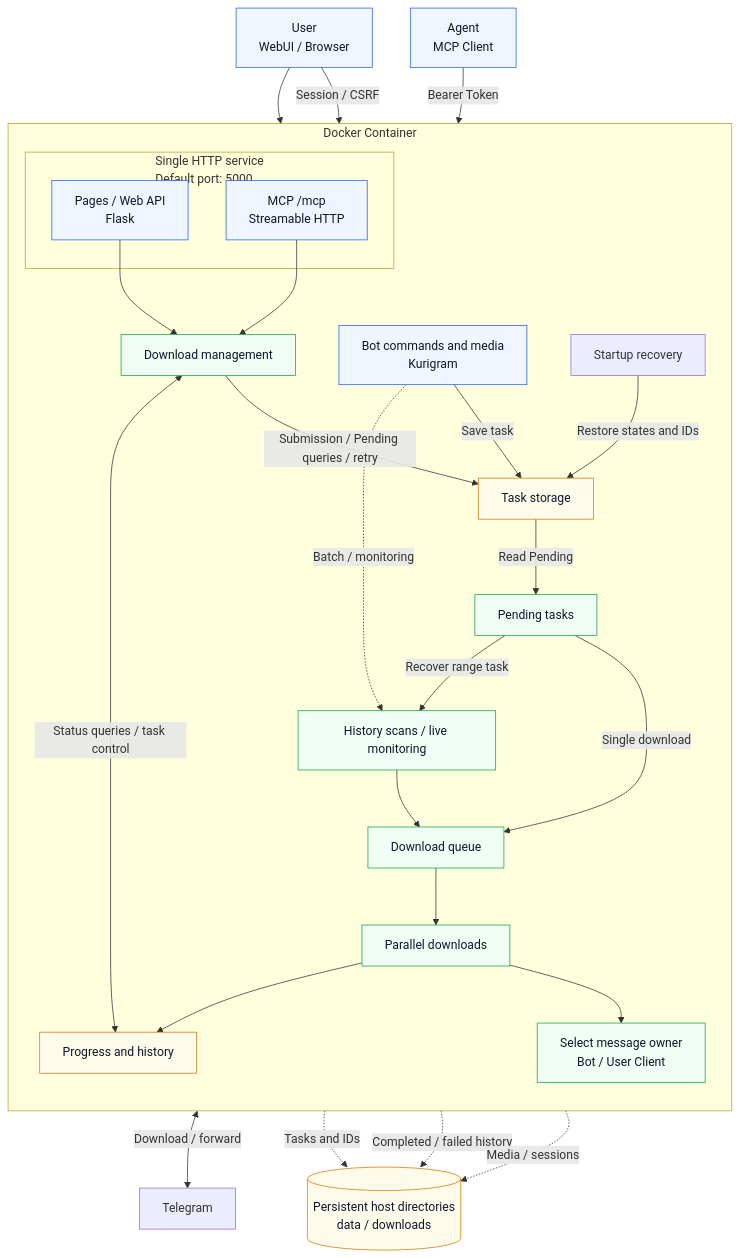
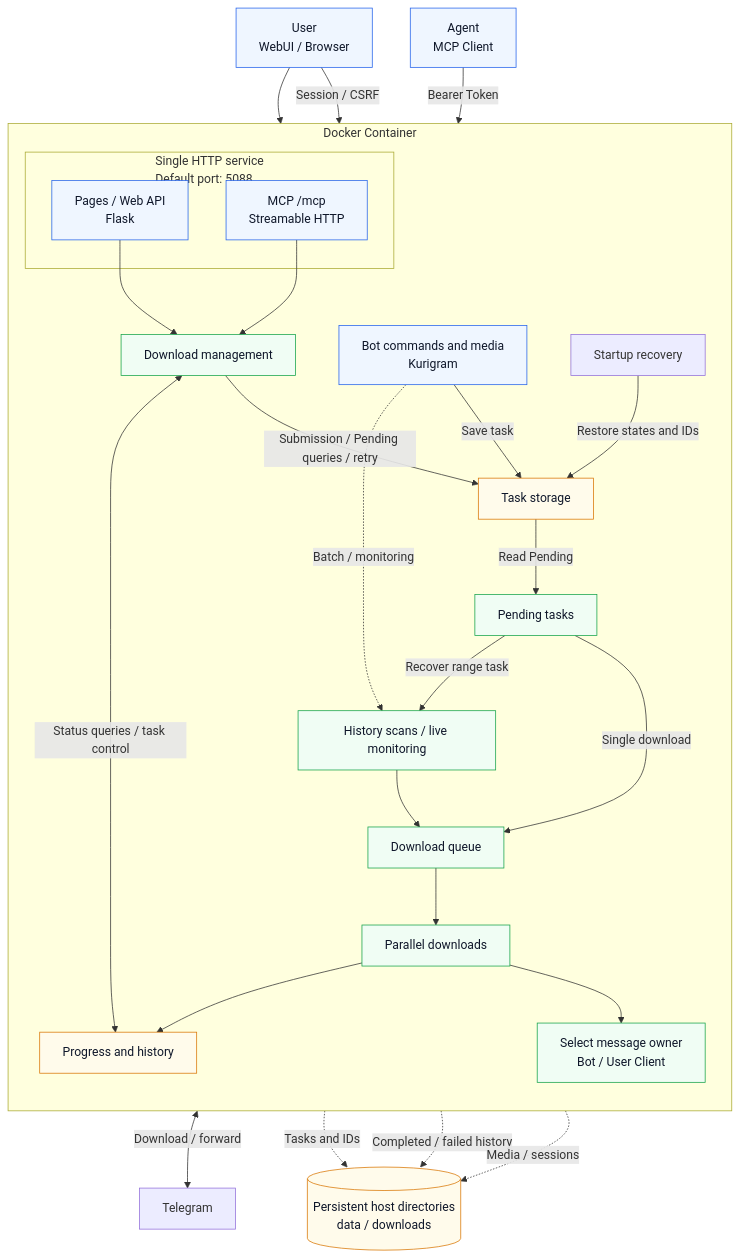
One commit to smilekevin/TGPorter changed the second of 2 diagrams in README.md. Above: the diagram before and after it, drawn with Mermaid. The commit also changed other lines of this file and 10 other files, not shown here.

Commit message:
fix: use port 5088 by default

````diff
--- a/README.md
+++ b/README.md
@@ -578,55 +578,55 @@
 ```mermaid
 flowchart TB
     User["User<br/>WebUI / Browser"]
     Agent["Agent<br/>MCP Client"]
     Telegram["Telegram"]
 
     subgraph Container["Docker Container"]
         direction TB
         Bot["Bot commands and media<br/>Kurigram"]
-        subgraph HTTP["Single HTTP service<br/>Default port: 5000"]
+        subgraph HTTP["Single HTTP service<br/>Default port: 5088"]
             API["Pages / Web API<br/>Flask"]
             MCP["MCP /mcp<br/>Streamable HTTP"]
         end
         Service["Download management"]
         Store["Task storage"]
         Recovery["Startup recovery"]
         Consumer["Pending tasks"]
         Scan["History scans / live monitoring"]
         Queue["Download queue"]
         Workers["Parallel downloads"]
         Clients["Select message owner<br/>Bot / User Client"]
         Stats["Progress and history"]
     end
 
     Data[("Persistent host directories<br/>data / downloads")]
 
     User --> Bot
     User -->|Session / CSRF| API
     Agent -->|Bearer Token| MCP
     API --> Service
     MCP --> Service
     Bot -->|Save task| Store
     Service -->|Submission / Pending queries / retry| Store
     Service <-->|Status queries / task control| Stats
     Recovery -->|Restore states and IDs| Store
     Store -->|Read Pending| Consumer
     Consumer -->|Single download| Queue
     Consumer -->|Recover range task| Scan
     Bot -.->|Batch / monitoring| Scan
     Scan --> Queue
     Queue --> Workers
     Workers --> Clients
     Clients <-->|Download / forward| Telegram
     Workers --> Stats
     Store -.->|Tasks and IDs| Data
     Stats -.->|Completed / failed history| Data
     Clients -.->|Media / sessions| Data
 
     classDef entry fill:#eff6ff,stroke:#2563eb,color:#0f172a
     classDef pipeline fill:#f0fdf4,stroke:#16a34a,color:#0f172a
     classDef storage fill:#fffbeb,stroke:#d97706,color:#0f172a
     class User,Bot,API,Agent,MCP entry
     class Service,Consumer,Scan,Queue,Workers,Clients pipeline
     class Store,Stats,Data storage
 ```
````
